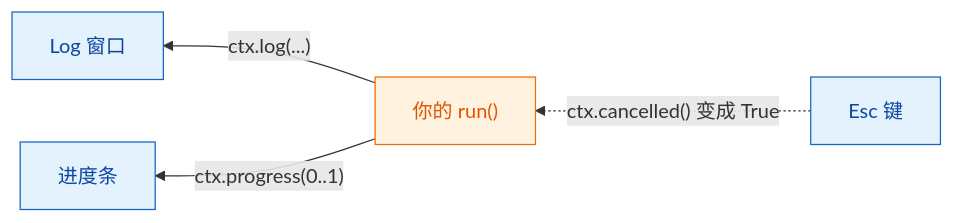
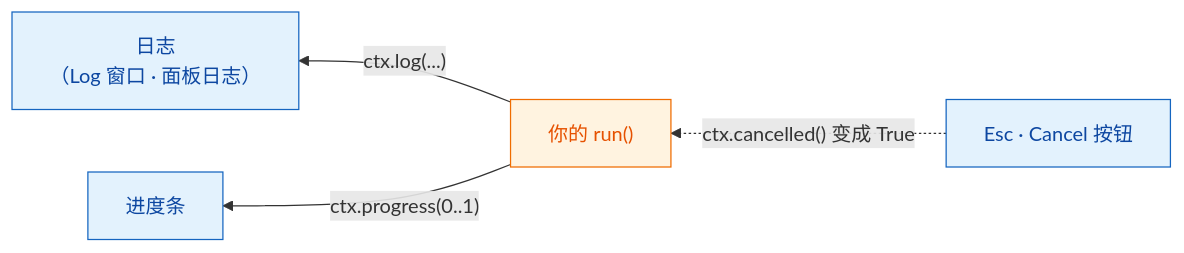
Before and after one commit to Oxford-Zeiss-Centre-of-Excellence/Wavu: the diagram in guide/write/logs-progress-cancel.zh-Hans.md, drawn with Mermaid. The commit also changed other lines of this file and 70 other files, not shown here.

````diff
--- a/guide/write/logs-progress-cancel.zh-Hans.md
+++ b/guide/write/logs-progress-cancel.zh-Hans.md
@@ -14,13 +23,13 @@
 ```mermaid
 flowchart RL
     S["你的 run()"]:::script
-    L["Log 窗口"]:::fiji
+    L["日志<br/>（Log 窗口 · 面板日志）"]:::fiji
     P["进度条"]:::fiji
-    E["Esc 键"]:::fiji
+    E["Esc · Cancel 按钮"]:::fiji
     S -- "ctx.log(...)" --> L
     S -- "ctx.progress(0..1)" --> P
     E -. "ctx.cancelled() 变成 True" .-> S
 
     classDef fiji   fill:#e3f2fd,stroke:#1565c0,color:#0d47a1
     classDef script fill:#fff3e0,stroke:#ef6c00,color:#e65100
 ```
````
